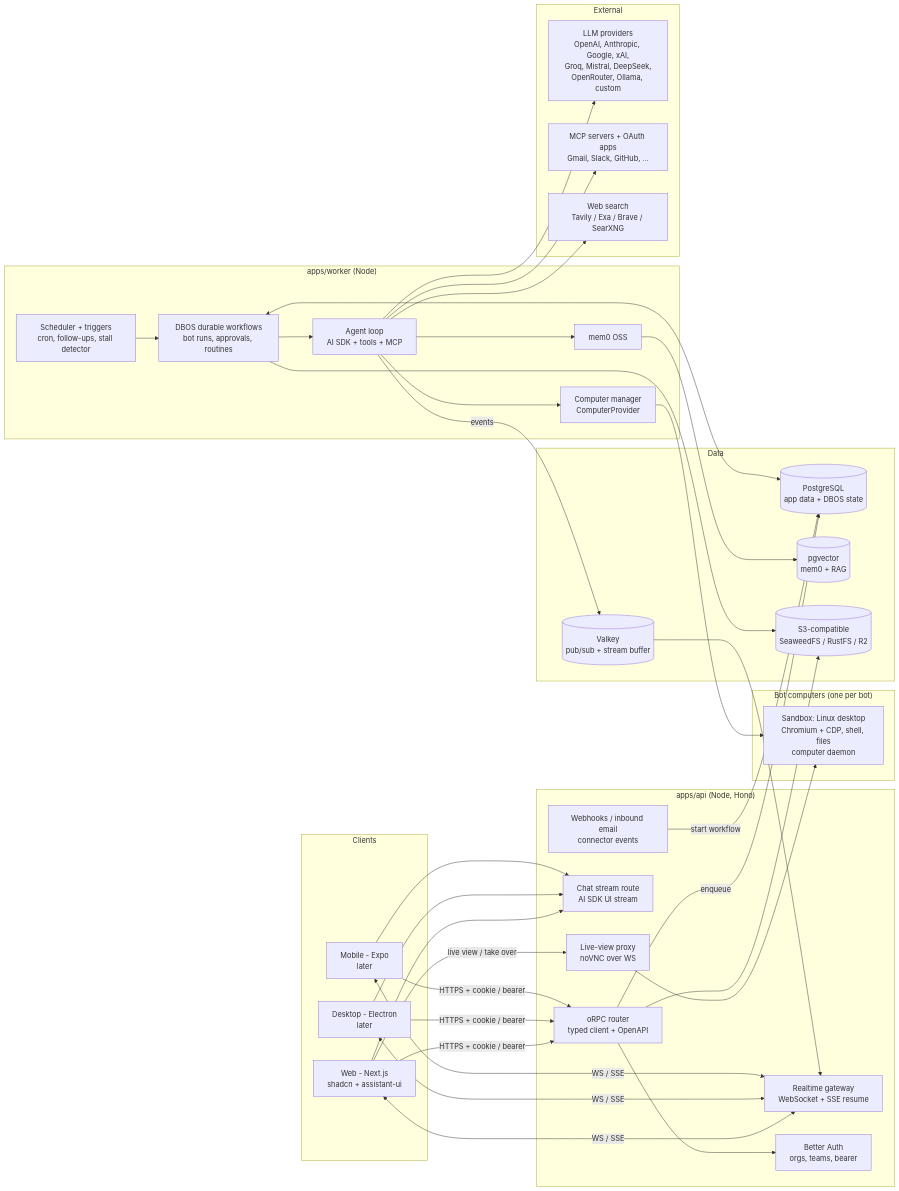
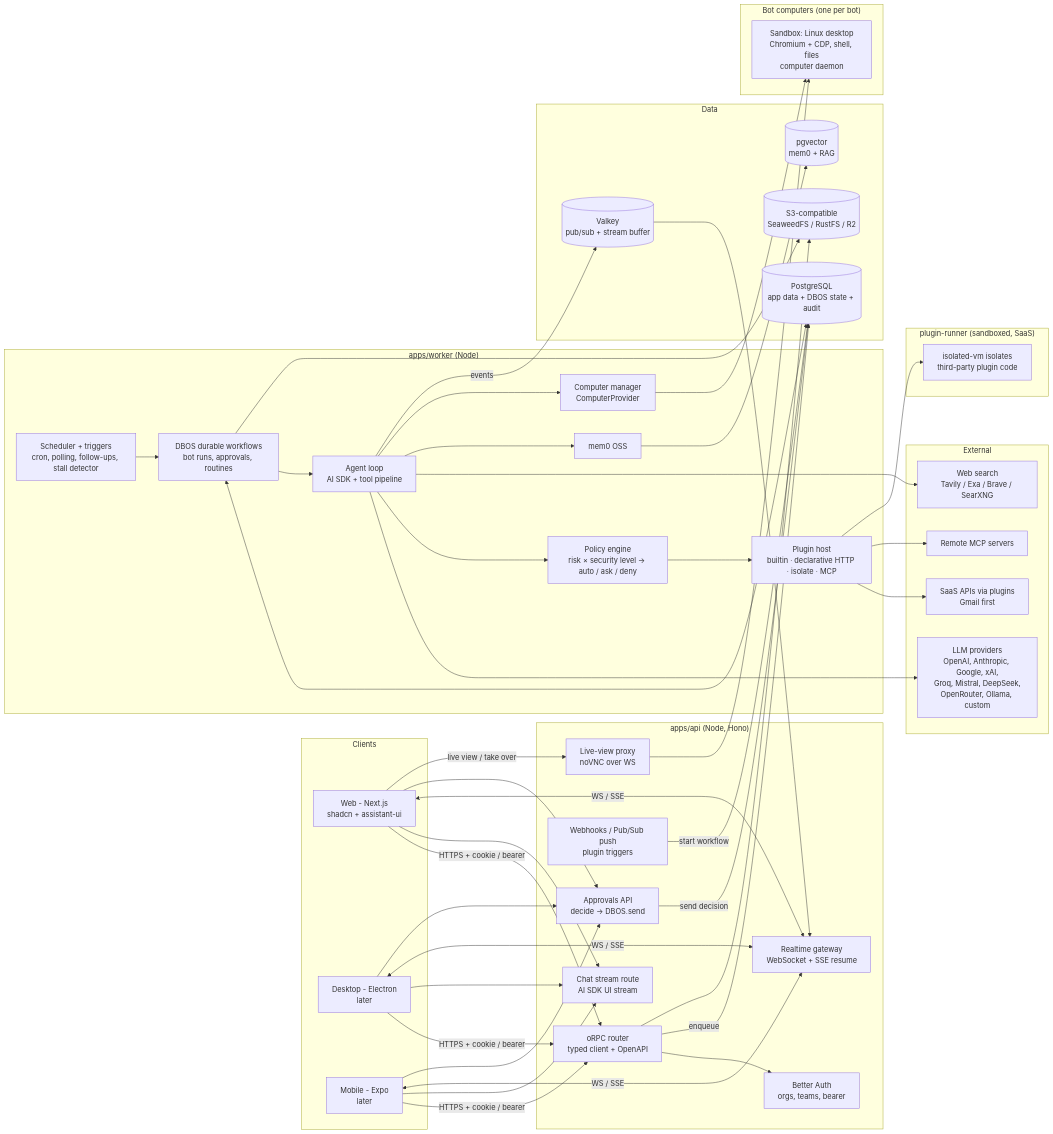
One commit to alihassan-coder/botdesk changed the first of 2 diagrams in docs/architecture/high-level.md. Above: the diagram before and after it, drawn with Mermaid. The commit also changed other lines of this file and 7 other files, not shown here.

First line of the commit message:
docs: add AGENTS.md, GLOSSARY.md and v1 spec; finish architecture second pass

````diff
--- a/docs/architecture/high-level.md
+++ b/docs/architecture/high-level.md
@@ -38,62 +48,76 @@
 ```mermaid
 flowchart LR
   subgraph Clients
     W[Web - Next.js<br/>shadcn + assistant-ui]
     D[Desktop - Electron<br/>later]
     M[Mobile - Expo<br/>later]
   end
 
   subgraph API["apps/api (Node, Hono)"]
     RPC[oRPC router<br/>typed client + OpenAPI]
     CHAT[Chat stream route<br/>AI SDK UI stream]
     RT[Realtime gateway<br/>WebSocket + SSE resume]
     AUTH[Better Auth<br/>orgs, teams, bearer]
-    HOOK[Webhooks / inbound email<br/>connector events]
+    HOOK[Webhooks / Pub/Sub push<br/>plugin triggers]
+    APR[Approvals API<br/>decide → DBOS.send]
     VNC[Live-view proxy<br/>noVNC over WS]
   end
 
   subgraph Worker["apps/worker (Node)"]
     WF[DBOS durable workflows<br/>bot runs, approvals, routines]
-    AG[Agent loop<br/>AI SDK + tools + MCP]
-    SCH[Scheduler + triggers<br/>cron, follow-ups, stall detector]
+    AG[Agent loop<br/>AI SDK + tool pipeline]
+    POL[Policy engine<br/>risk × security level → auto / ask / deny]
+    PH[Plugin host<br/>builtin · declarative HTTP · isolate · MCP]
+    SCH[Scheduler + triggers<br/>cron, polling, follow-ups, stall detector]
     MEM[mem0 OSS]
     CM[Computer manager<br/>ComputerProvider]
   end
 
+  subgraph PR["plugin-runner (sandboxed, SaaS)"]
+    ISO[isolated-vm isolates<br/>third-party plugin code]
+  end
+
   subgraph Data
-    PG[(PostgreSQL<br/>app data + DBOS state)]
+    PG[(PostgreSQL<br/>app data + DBOS state + audit)]
     VEC[(pgvector<br/>mem0 + RAG)]
     KV[(Valkey<br/>pub/sub + stream buffer)]
     S3[(S3-compatible<br/>SeaweedFS / RustFS / R2)]
   end
 
   subgraph External
     LLM[LLM providers<br/>OpenAI, Anthropic, Google, xAI,<br/>Groq, Mistral, DeepSeek,<br/>OpenRouter, Ollama, custom]
-    MCP[MCP servers + OAuth apps<br/>Gmail, Slack, GitHub, ...]
+    APIS[SaaS APIs via plugins<br/>Gmail first]
+    MCP[Remote MCP servers]
     SRCH[Web search<br/>Tavily / Exa / Brave / SearXNG]
   end
 
   subgraph Computers["Bot computers (one per bot)"]
     C1[Sandbox: Linux desktop<br/>Chromium + CDP, shell, files<br/>computer daemon]
   end
 
   W & D & M -->|HTTPS + cookie / bearer| RPC
   W & D & M --> CHAT
   W & D & M <-->|WS / SSE| RT
+  W & D & M --> APR
   W -->|live view / take over| VNC
   RPC --> AUTH
   RPC -->|enqueue| PG
   HOOK -->|start workflow| PG
+  APR -->|send decision| PG
   WF <--> PG
   WF --> AG
   AG --> LLM
-  AG --> MCP
+  AG --> POL
+  POL --> PH
+  PH --> APIS
+  PH --> MCP
+  PH --> ISO
   AG --> SRCH
   AG --> MEM --> VEC
   AG --> CM --> C1
   VNC --> C1
   AG -->|events| KV --> RT
   WF --> S3
   RPC --> S3
   SCH --> WF
 ```
````
